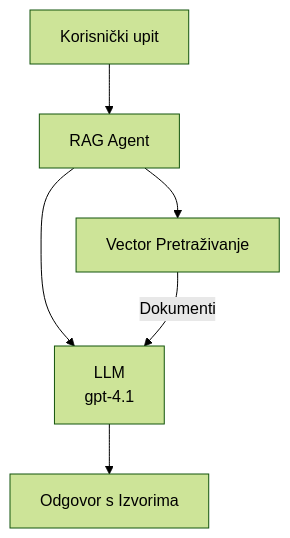
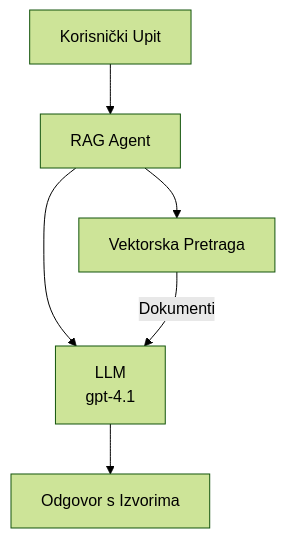
Before and after one commit to microsoft/AZD-for-beginners: the second of 3 diagrams in translations/hr/docs/chapter-02-ai-development/agents.md, drawn with Mermaid (forest theme). The commit also changed other lines of this file and 101 other files, not shown here.

````diff
--- a/translations/hr/docs/chapter-02-ai-development/agents.md
+++ b/translations/hr/docs/chapter-02-ai-development/agents.md
@@ -170,8 +175,8 @@
 ```mermaid
 graph TD
-    Query[Korisnički upit] --> RAG[RAG Agent]
-    RAG --> Vector[Vector Pretraživanje]
+    Query[Korisnički Upit] --> RAG[RAG Agent]
+    RAG --> Vector[Vektorska Pretraga]
     RAG --> LLM[LLM<br/>gpt-4.1]
     Vector -- Dokumenti --> LLM
     LLM --> Response[Odgovor s Izvorima]
 ```
````
